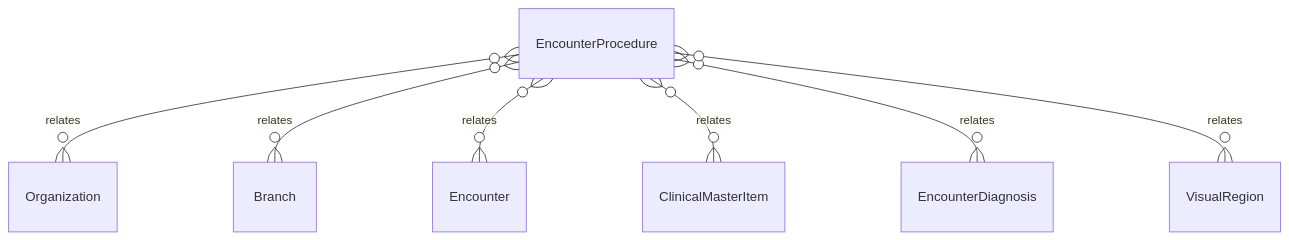
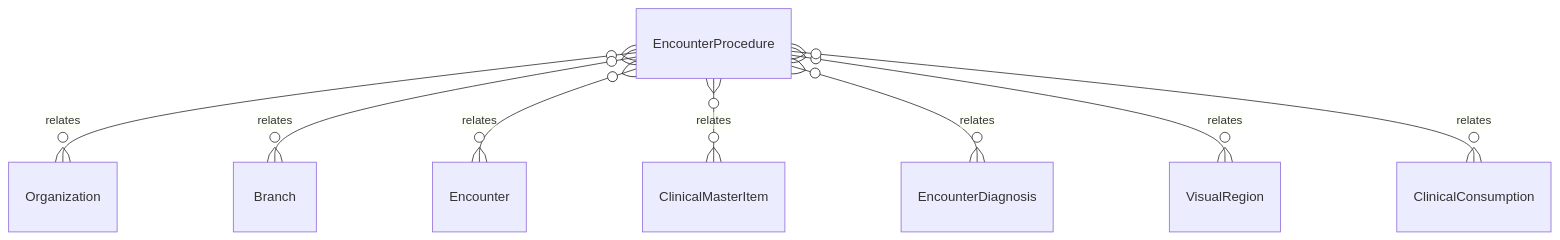
The diagram in .kb/Database/EncounterProcedure.md (tejasnirala/rcln), drawn with Mermaid before and after one commit. The commit also changed other lines of this file and 139 other files, not shown here.

First line of the commit message:
feat(consumption): pi-9 clinical consumption

````diff
--- a/.kb/Database/EncounterProcedure.md
+++ b/.kb/Database/EncounterProcedure.md
@@ -51,9 +53,10 @@
 ```mermaid
 erDiagram
     EncounterProcedure }o--o{ Organization : relates
     EncounterProcedure }o--o{ Branch : relates
     EncounterProcedure }o--o{ Encounter : relates
     EncounterProcedure }o--o{ ClinicalMasterItem : relates
     EncounterProcedure }o--o{ EncounterDiagnosis : relates
     EncounterProcedure }o--o{ VisualRegion : relates
+    EncounterProcedure }o--o{ ClinicalConsumption : relates
 ```
````
